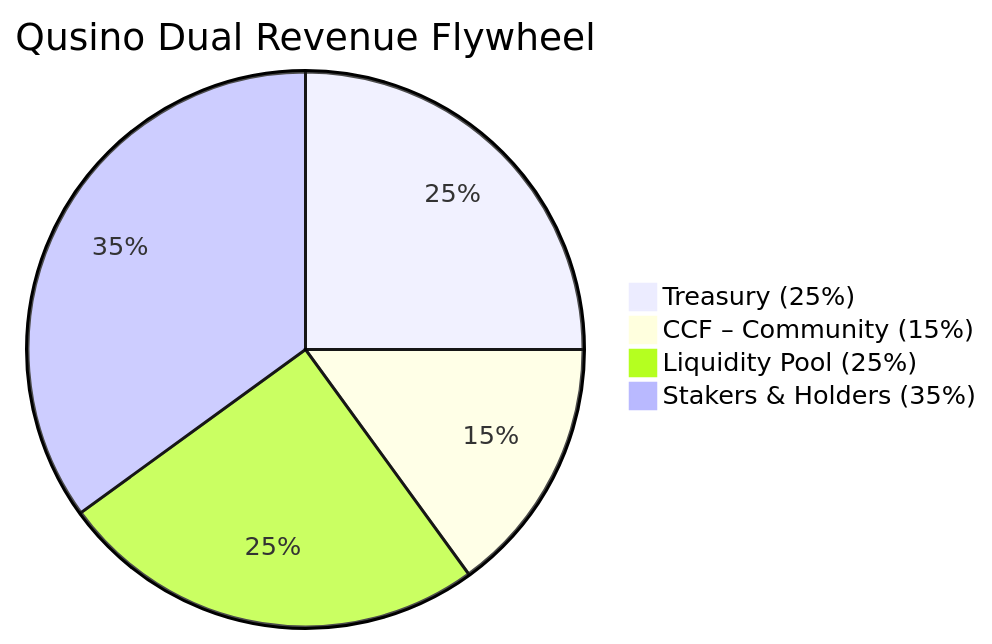
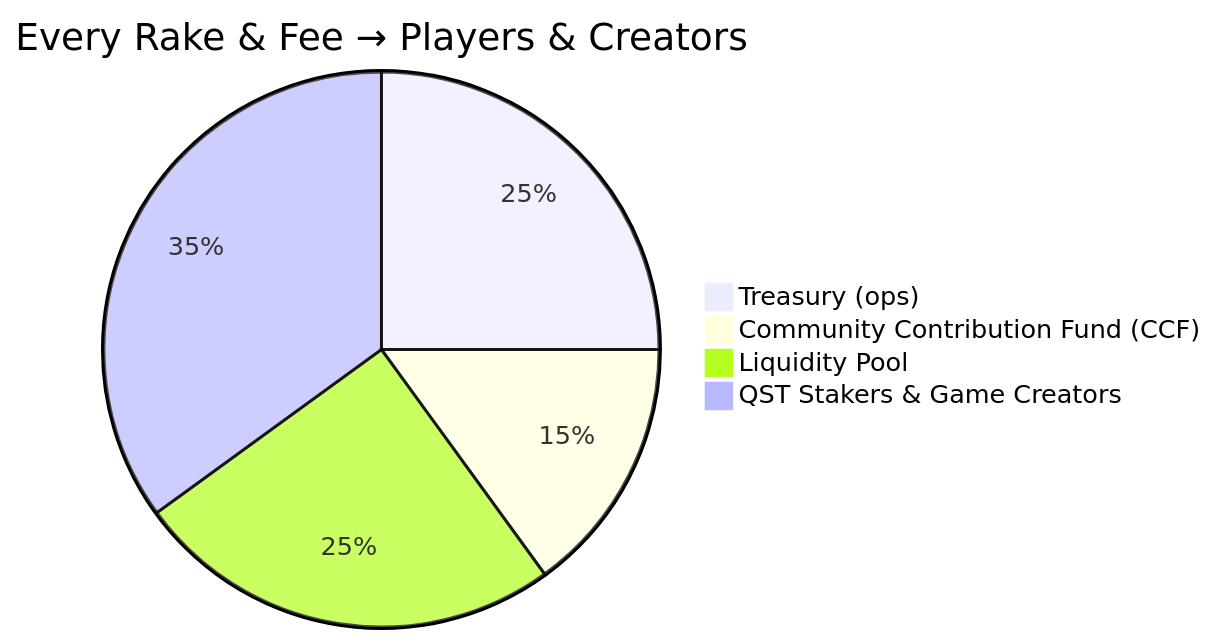
The diagram in README.md (nineisten/qusino), drawn with Mermaid before and after one commit. The commit also changed other lines of this file and 1 other file, not shown here.

````diff
--- a/README.md
+++ b/README.md
@@ -303,7 +41,7 @@
 ```mermaid
-pie title Qusino Dual Revenue Flywheel
-    "Treasury (25%)" : 25
-    "CCF – Community (15%)" : 15
-    "Liquidity Pool (25%)" : 25
-    "Stakers & Holders (35%)" : 35
+pie title Every Rake & Fee → Players & Creators
+    "Treasury (ops)" : 25
+    "Community Contribution Fund (CCF)" : 15
+    "Liquidity Pool" : 25
+    "QST Stakers & Game Creators" : 35
 ```
````
